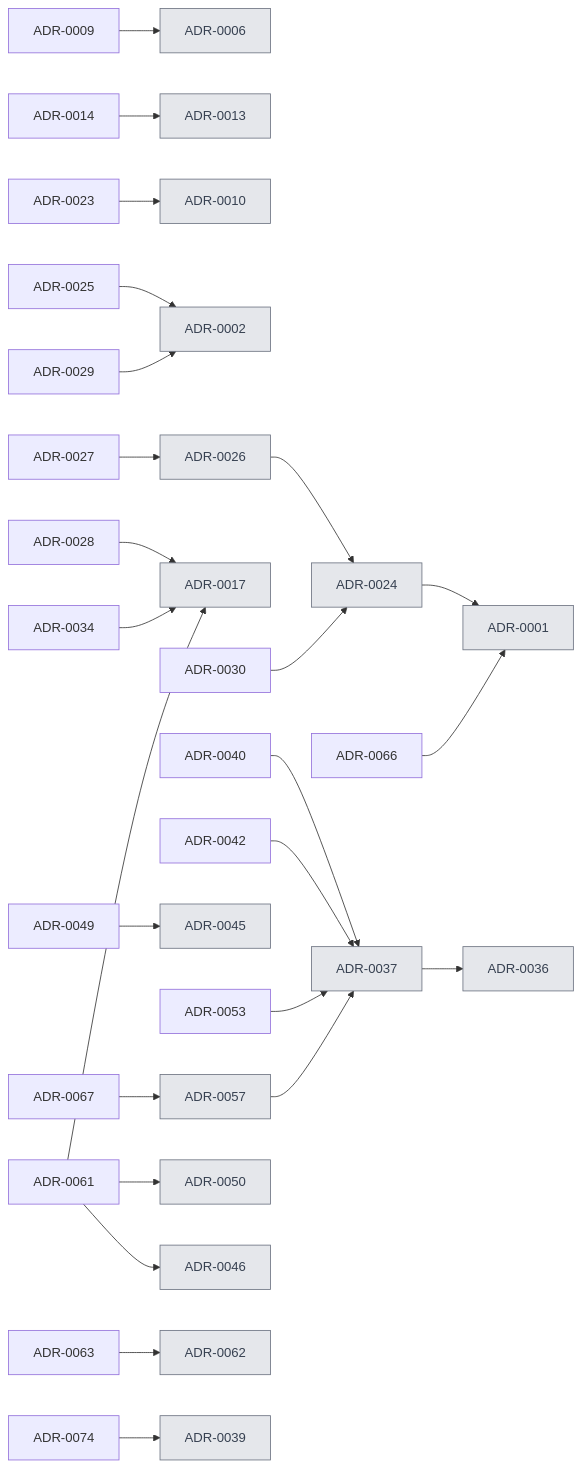
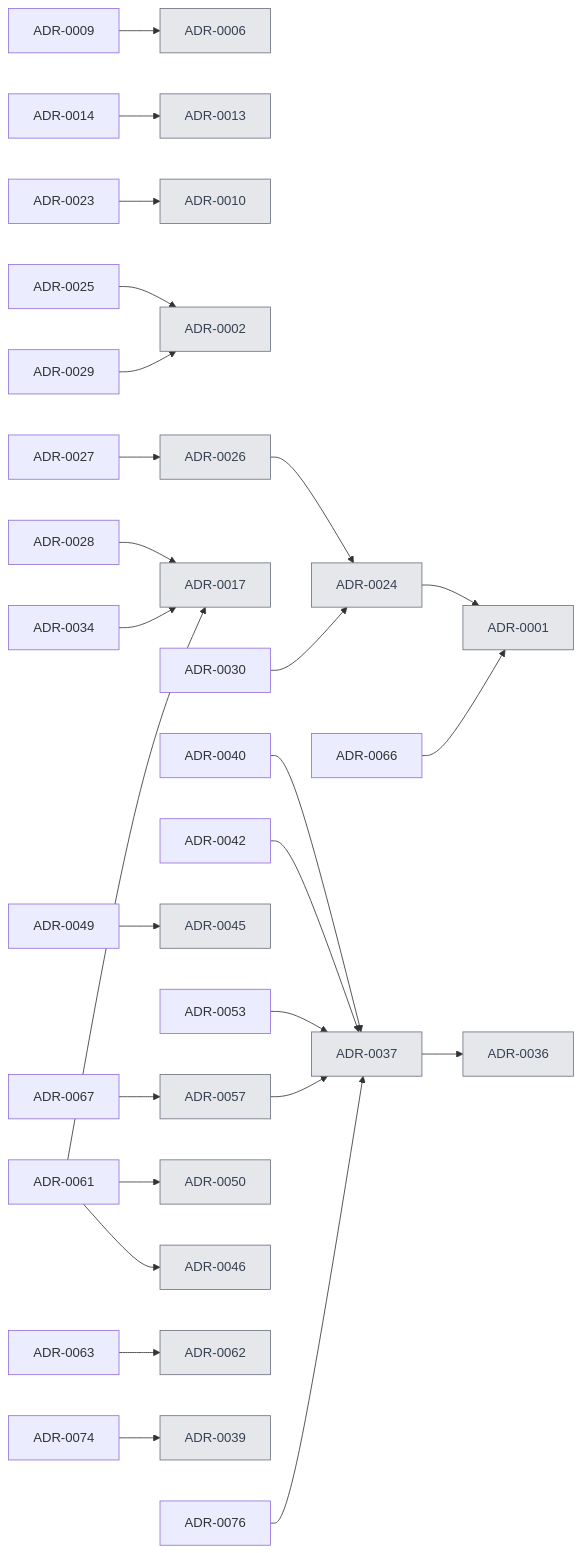
One commit to VM-s-Solutions/cleansia changed the diagram in docs/decisions/index.md. Above: the diagram before and after it, drawn with Mermaid. The commit also changed other lines of this file and 306 other files, not shown here.

````diff
--- a/docs/decisions/index.md
+++ b/docs/decisions/index.md
@@ -18,29 +18,30 @@
 ```mermaid
 flowchart LR
   A0009[ADR-0009] --> A0006[ADR-0006]
   A0014[ADR-0014] --> A0013[ADR-0013]
   A0023[ADR-0023] --> A0010[ADR-0010]
   A0024[ADR-0024] --> A0001[ADR-0001]
   A0025[ADR-0025] --> A0002[ADR-0002]
   A0026[ADR-0026] --> A0024[ADR-0024]
   A0027[ADR-0027] --> A0026[ADR-0026]
   A0028[ADR-0028] --> A0017[ADR-0017]
   A0029[ADR-0029] --> A0002[ADR-0002]
   A0030[ADR-0030] --> A0024[ADR-0024]
   A0034[ADR-0034] --> A0017[ADR-0017]
   A0037[ADR-0037] --> A0036[ADR-0036]
   A0040[ADR-0040] --> A0037[ADR-0037]
   A0042[ADR-0042] --> A0037[ADR-0037]
   A0049[ADR-0049] --> A0045[ADR-0045]
   A0053[ADR-0053] --> A0037[ADR-0037]
   A0057[ADR-0057] --> A0037[ADR-0037]
   A0061[ADR-0061] --> A0050[ADR-0050]
   A0061[ADR-0061] --> A0017[ADR-0017]
   A0061[ADR-0061] --> A0046[ADR-0046]
   A0063[ADR-0063] --> A0062[ADR-0062]
   A0066[ADR-0066] --> A0001[ADR-0001]
   A0067[ADR-0067] --> A0057[ADR-0057]
   A0074[ADR-0074] --> A0039[ADR-0039]
+  A0076[ADR-0076] --> A0037[ADR-0037]
   classDef old fill:#e5e7eb,stroke:#6b7280,color:#374151
   class A0001,A0002,A0006,A0010,A0013,A0017,A0024,A0026,A0036,A0037,A0039,A0045,A0046,A0050,A0057,A0062 old
 ```
````
